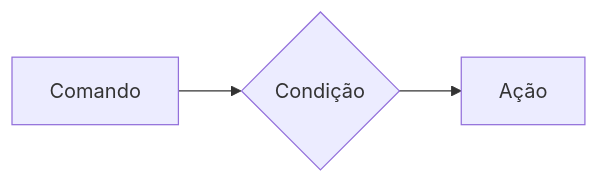
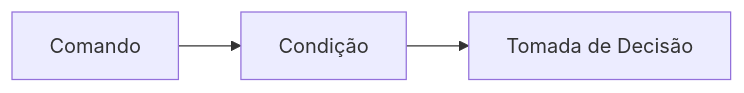
One commit to FelipeScalfi/BackEnd changed the second of 14 diagrams in README.md. Above: the diagram before and after it, drawn with Mermaid. The commit also changed other lines of this file and 29 other files, not shown here.

````diff
--- a/README.md
+++ b/README.md
@@ -221,7 +215,6 @@
 ```mermaid
 
 graph LR
-
-    A[Comando] --> B{Condição} --> C[Ação]
+    A[Comando] --> B[Condição] --> C[Tomada de Decisão]
 
 ```
````
